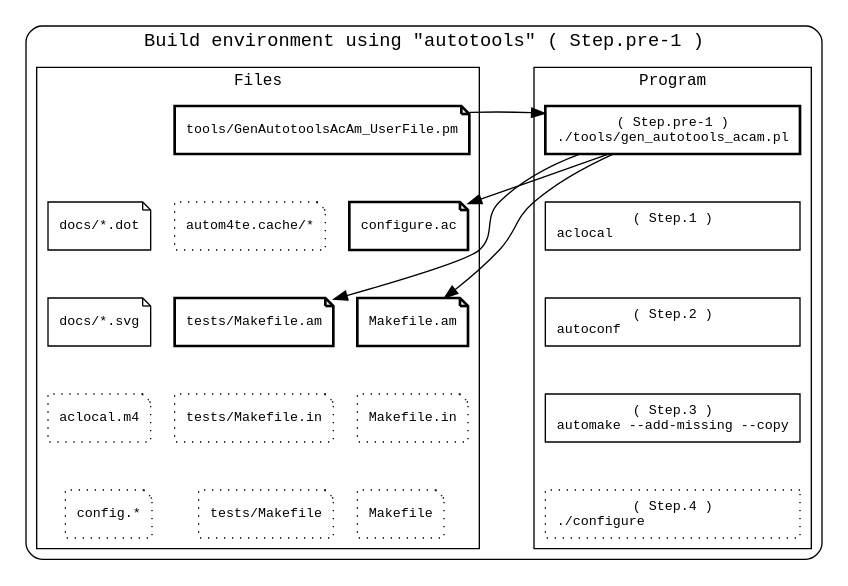
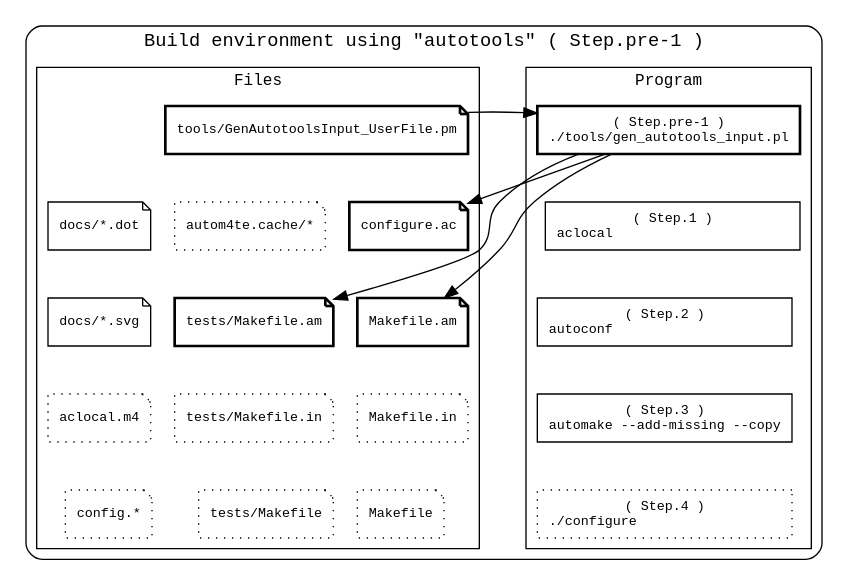
The diagram in docs/img/devel_step_0_1.dot (tomyama-code/tomyama_script_collection), drawn with Graphviz before and after one commit. The commit also changed 39 other files, not shown here.

```diff
--- a/docs/img/devel_step_0_1.dot
+++ b/docs/img/devel_step_0_1.dot
@@ -1,87 +1,87 @@
 // File: docs/devel_step_0.dot
 // Author: tomyama
 // Purpose: Development workflow diagram
 
 digraph physical_directory_structure {
     newrank=true
     constraint=false
 
     // 全体に等幅フォントを適用
     //   ex) "monospace", "Courier", "Courier New", "Consolas", "Monaco"
     graph [fontname="monospace"]
     node  [fontname="monospace", fontsize=10, penwidth=1]
     edge  [fontname="monospace"]
 
     // 図全体を囲うクラスタ
     subgraph cluster_all {
 
         label = "Build environment using \"autotools\" ( Step.pre-1 )"
         style = "rounded"   // 角を丸くする
         color = "black"     // 枠線の色
         penwidth = 1        // 枠線の太さ
 
         // プログラム
         subgraph cluster_program {
             label = "Program"
             style = "solid"
             penwidth = 1        // 枠線の太さ
             fontsize=12
             {
                 edge [style=invis];
                 program01 -> program02 -> program03 -> program04 -> program05
             }
-            program01 [shape=box, style=solid , label="( Step.pre-1 )\n./tools/gen_autotools_acam.pl", penwidth=2]
+            program01 [shape=box, style=solid , label="( Step.pre-1 )\n./tools/gen_autotools_input.pl", penwidth=2]
             program02 [shape=box, style=solid , label="( Step.1 )\naclocal                      "]
             program03 [shape=box, style=solid , label="( Step.2 )\nautoconf                     "]
             program04 [shape=box, style=solid , label="( Step.3 )\nautomake --add-missing --copy"]
             program05 [shape=box, style=dotted, label="( Step.4 )\n./configure                  "]
         }
 
         // ファイル
         subgraph cluster_file {
             label = "Files"
             style = "solid"
             penwidth = 1        // 枠線の太さ
             fontsize=12
             {
                 edge [style=invis];
                 file13 -> file01 -> file02 -> file03 -> file04
                 file13 -> file05 -> file06 -> file07 -> file08
                 file13 -> file09 -> file10 -> file11 -> file12
             }
 
-            file13 [shape=note, style=solid , label="tools/GenAutotoolsAcAm_UserFile.pm", penwidth=2]
+            file13 [shape=note, style=solid , label="tools/GenAutotoolsInput_UserFile.pm", penwidth=2]
             file01 [shape=note, style=solid , label="docs/*.dot"]
             file02 [shape=note, style=solid , label="docs/*.svg"]
             file03 [shape=note, style=dotted, label="aclocal.m4"]
             file04 [shape=note, style=dotted, label="config.*"]
             file05 [shape=note, style=solid , label="configure.ac", penwidth=2]
             file06 [shape=note, style=solid , label="Makefile.am", penwidth=2]
             file07 [shape=note, style=dotted, label="Makefile.in"]
             file08 [shape=note, style=dotted, label="Makefile"]
             file09 [shape=note, style=dotted, label="autom4te.cache/*"]
             file10 [shape=note, style=solid , label="tests/Makefile.am", penwidth=2]
             file11 [shape=note, style=dotted, label="tests/Makefile.in"]
             file12 [shape=note, style=dotted, label="tests/Makefile"]
         }
 
         {
             edge [style=invis];
             file13 -> program01
             file01 -> file05 -> file09 -> program02
             file02 -> file06 -> file10 -> program03
             file03 -> file07 -> file11 -> program04
             file04 -> file08 -> file12 -> program05
         }
         {rank=same; program01; file13}
         {rank=same; program02; file01; file05; file09}
         {rank=same; program03; file02; file06; file10}
         {rank=same; program04; file03; file07; file11}
         {rank=same; program05; file04; file08; file12}
 
         // スクリプトとドキュメントの関係
         file13 -> program01 -> file05
         program01 -> file06
         program01 -> file10
     }
 }
```
